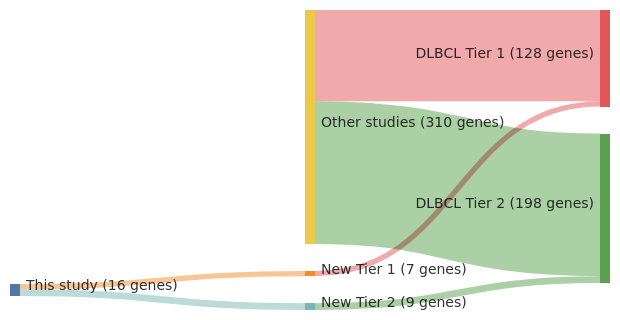
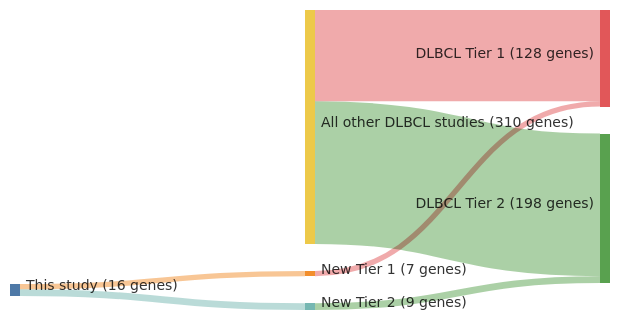
One commit to morinlab/lymphopedia changed the diagram in papers/schmitzGeneticsPathogenesisDiffuse2018a.md. Above: the diagram before and after it, drawn with Mermaid. The commit also changed 82 other files, not shown here.

````diff
--- a/papers/schmitzGeneticsPathogenesisDiffuse2018a.md
+++ b/papers/schmitzGeneticsPathogenesisDiffuse2018a.md
@@ -12,20 +12,20 @@
 ```mermaid
 ---
 config:
     sankey:
         showValues: true
         linkColor: target
         width: 600
         height: 300
         nodeAlignment: right
         prefix: '('
         suffix: ' genes)'
 ---
 sankey-beta
 This study, New Tier 1, 7
 New Tier 1, DLBCL Tier 1, 7
 This study, New Tier 2, 9
 New Tier 2, DLBCL Tier 2, 9
-Other studies, DLBCL Tier 1, 121
-Other studies, DLBCL Tier 2, 189
+All other DLBCL studies, DLBCL Tier 1, 121
+All other DLBCL studies, DLBCL Tier 2, 189
 ```
````
